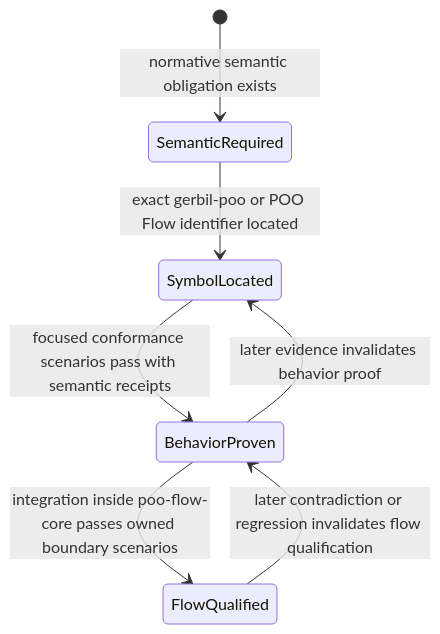
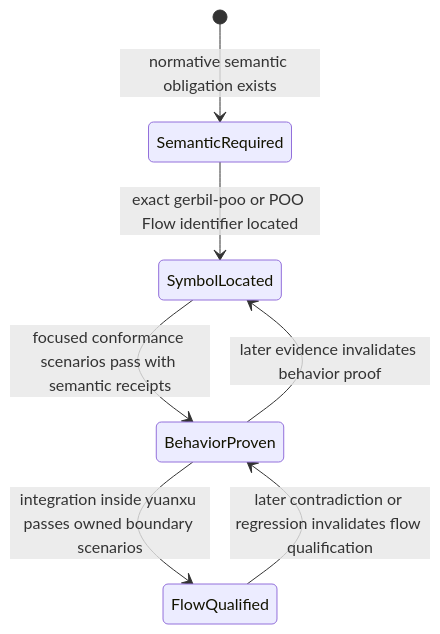
The fourth of 4 diagrams in module-system/design/45-16-semantic-conformance-adversarial-fault-injection.org (tao3k/gebril-yuanxu), drawn with Mermaid before and after one commit. The commit also changed other lines of this file and 114 other files, not shown here.

```diff
--- a/module-system/design/45-16-semantic-conformance-adversarial-fault-injection.org
+++ b/module-system/design/45-16-semantic-conformance-adversarial-fault-injection.org
@@ -305,9 +305,9 @@
 #+begin_src mermaid
 stateDiagram-v2
   [*] --> SemanticRequired: normative semantic obligation exists
   SemanticRequired --> SymbolLocated: exact gerbil-poo or POO Flow identifier located
   SymbolLocated --> BehaviorProven: focused conformance scenarios pass with semantic receipts
-  BehaviorProven --> FlowQualified: integration inside poo-flow-core passes owned boundary scenarios
+  BehaviorProven --> FlowQualified: integration inside yuanxu passes owned boundary scenarios
   FlowQualified --> BehaviorProven: later contradiction or regression invalidates flow qualification
   BehaviorProven --> SymbolLocated: later evidence invalidates behavior proof
 #+end_src
```
